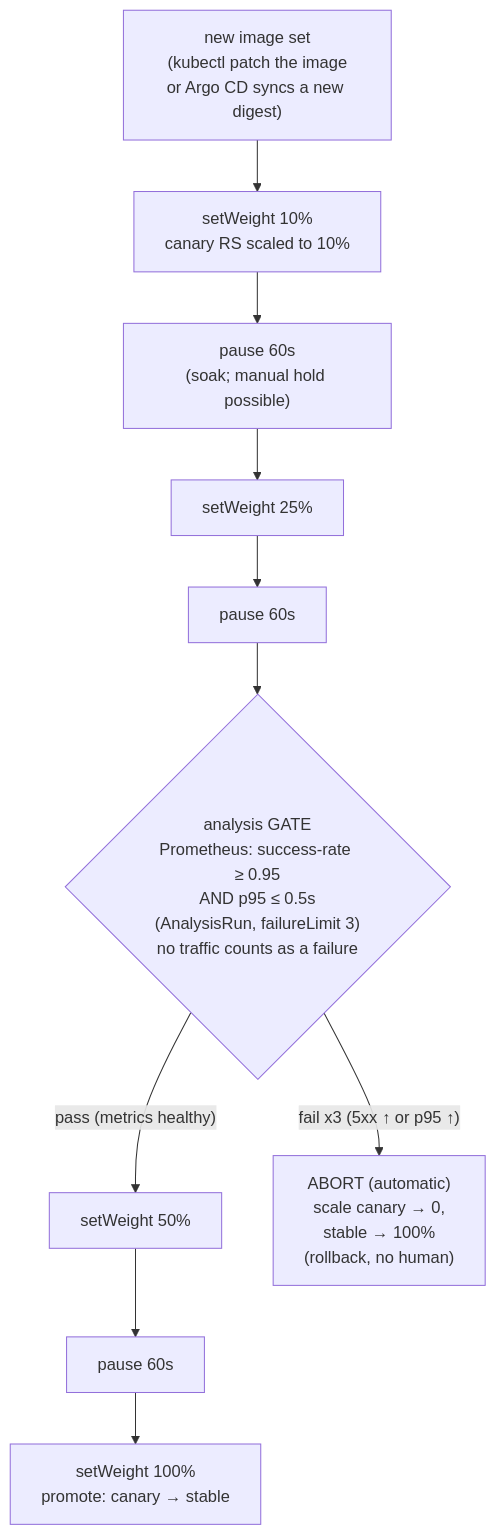
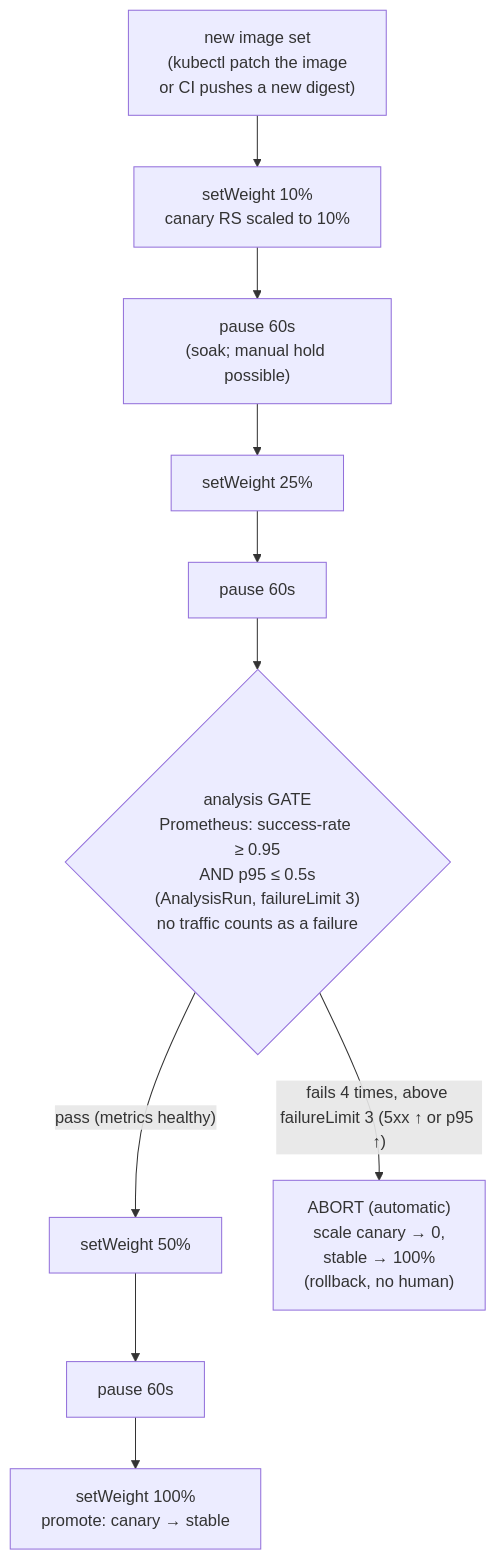
Before and after one commit to abd-ulbasit/bookstore-kubernetes-guide: the diagram in full-guide/07-delivery/05-progressive-delivery.md, drawn with Mermaid. The commit also changed other lines of this file and 12 other files, not shown here.

````diff
--- a/full-guide/07-delivery/05-progressive-delivery.md
+++ b/full-guide/07-delivery/05-progressive-delivery.md
@@ -117,17 +118,17 @@
 ```mermaid
 flowchart TD
-    new["new image set<br/>(kubectl patch the image<br/>or Argo CD syncs a new digest)"]
+    new["new image set<br/>(kubectl patch the image<br/>or CI pushes a new digest)"]
     w10["setWeight 10%<br/>canary RS scaled to 10%"]
     p1["pause 60s<br/>(soak; manual hold possible)"]
     w25["setWeight 25%"]
     p2["pause 60s"]
     an{"analysis GATE<br/>Prometheus: success-rate ≥ 0.95<br/>AND p95 ≤ 0.5s<br/>(AnalysisRun, failureLimit 3)<br/>no traffic counts as a failure"}
     w50["setWeight 50%"]
     p3["pause 60s"]
     w100["setWeight 100%<br/>promote: canary → stable"]
     abort["ABORT (automatic)<br/>scale canary → 0,<br/>stable → 100%<br/>(rollback, no human)"]
 
     new --> w10 --> p1 --> w25 --> p2 --> an
     an -- "pass (metrics healthy)" --> w50 --> p3 --> w100
-    an -- "fail x3 (5xx ↑ or p95 ↑)" --> abort
+    an -- "fails 4 times, above failureLimit 3 (5xx ↑ or p95 ↑)" --> abort
 ```
````
